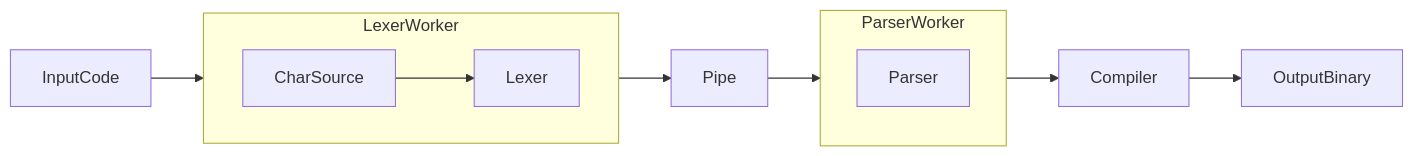
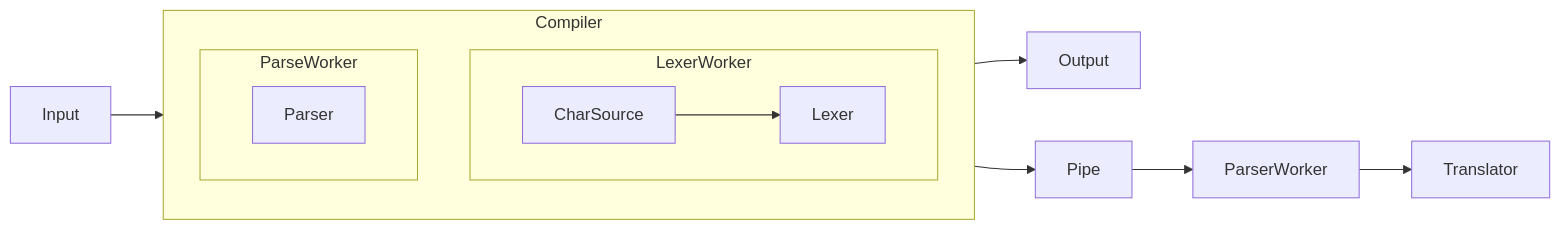
The diagram in README.md (Ramzeeset/Expression-Parser), drawn with Mermaid before and after one commit.

````diff
--- a/README.md
+++ b/README.md
@@ -7,15 +7,15 @@
 ```mermaid
 flowchart LR
+  subgraph Compiler
     direction TB
     subgraph LexerWorker
-        direction LR
         CharSource-->Lexer
     end
-    subgraph ParserWorker
+    subgraph ParseWorker
         Parser
     end
-    InputCode-->LexerWorker
-    LexerWorker-->Pipe-->ParserWorker
-    ParserWorker-->Compiler
-    Compiler-->OutputBinary
+  end
+  Input --> Compiler --> Output
+  LexerWorker-->Pipe-->ParserWorker
+  ParserWorker-->Translator
 ```
````
